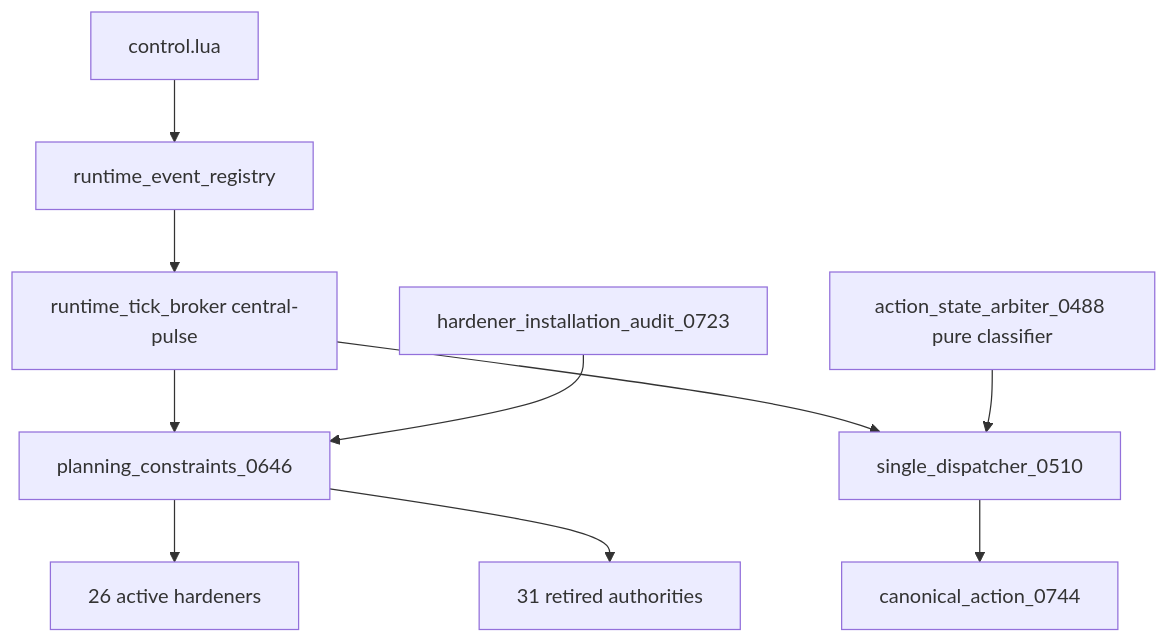
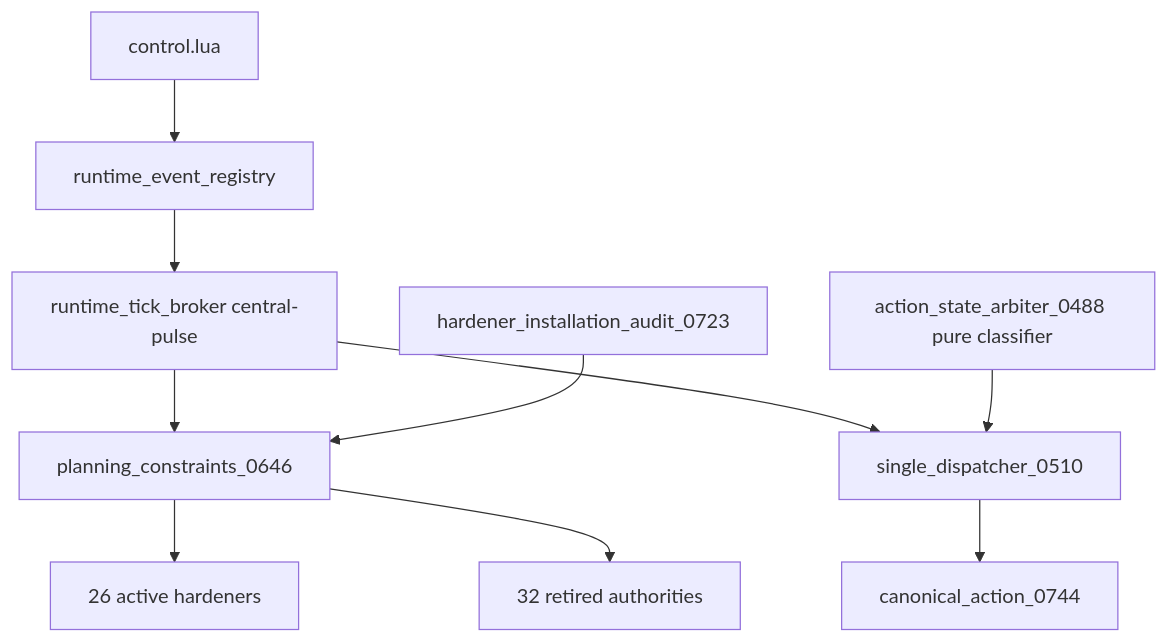
One commit to mrcalzon02/Tech-Priests changed the first of 11 diagrams in docs/RECOVERY_AUTHORITY_MAP_CURRENT.md. Above: the diagram before and after it, drawn with Mermaid. The commit also changed other lines of this file and 16 other files, not shown here.

````diff
--- a/docs/RECOVERY_AUTHORITY_MAP_CURRENT.md
+++ b/docs/RECOVERY_AUTHORITY_MAP_CURRENT.md
@@ -13,12 +13,12 @@
 ```mermaid
 flowchart TD
     Control[control.lua] --> Registry[runtime_event_registry]
     Registry --> Broker[runtime_tick_broker central-pulse]
     Broker --> Planning[planning_constraints_0646]
     Planning --> Prearm[26 active hardeners]
-    Planning --> Retired[31 retired authorities]
+    Planning --> Retired[32 retired authorities]
     Broker --> Dispatcher[single_dispatcher_0510]
     Dispatcher --> Action[canonical_action_0744]
     Arbiter[action_state_arbiter_0488 pure classifier] --> Dispatcher
     Finalizer[hardener_installation_audit_0723] --> Planning
 ```
````
